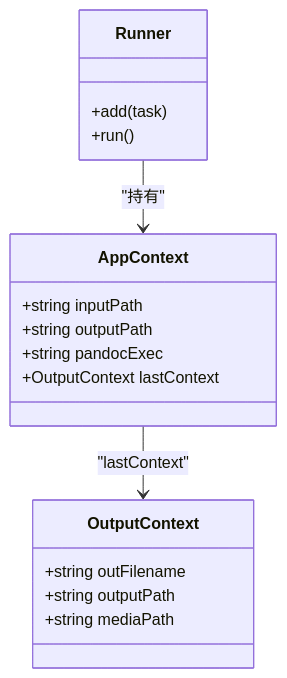
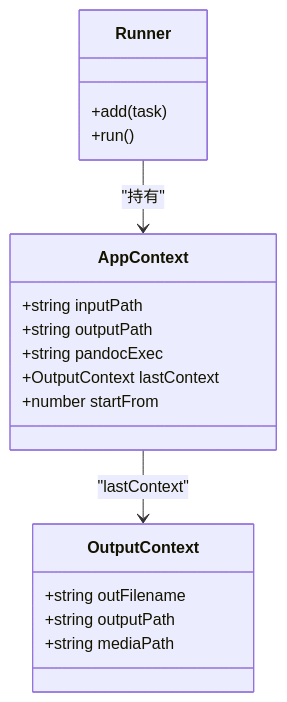
The third of 11 diagrams in .qoder/repowiki/zh/content/项目概述.md (hllshiro/doc2md-cli), drawn with Mermaid before and after one commit. The commit also changed other lines of this file and 13 other files, not shown here.

````diff
--- a/.qoder/repowiki/zh/content/项目概述.md
+++ b/.qoder/repowiki/zh/content/项目概述.md
@@ -198,20 +230,21 @@
 ```mermaid
 classDiagram
 class AppContext {
 +string inputPath
 +string outputPath
 +string pandocExec
 +OutputContext lastContext
++number startFrom
 }
 class OutputContext {
 +string outFilename
 +string outputPath
 +string mediaPath
 }
 class Runner {
 +add(task)
 +run()
 }
 AppContext --> OutputContext : "lastContext"
 Runner --> AppContext : "持有"
 ```
````
